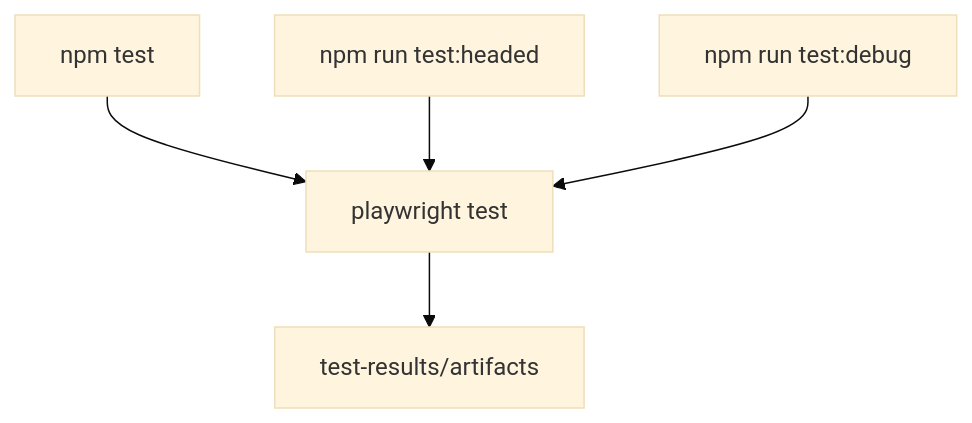
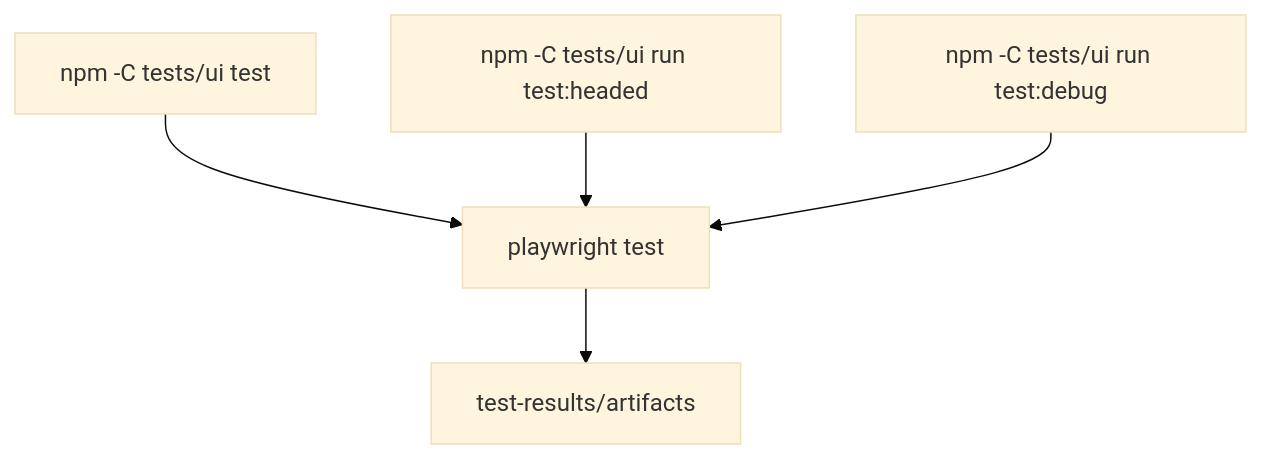
The second of 2 diagrams in tests/ui/README.md (jfang2048/ai_sre_agent_pub), drawn with Mermaid (base theme) before and after one commit. The commit also changed other lines of this file and 9 other files, not shown here.

````diff
--- a/tests/ui/README.md
+++ b/tests/ui/README.md
@@ -58,7 +62,7 @@
 ```mermaid
 flowchart TD
-    A["npm test"] --> B["playwright test"]
-    C["npm run test:headed"] --> B
-    D["npm run test:debug"] --> B
+    A["npm -C tests/ui test"] --> B["playwright test"]
+    C["npm -C tests/ui run test:headed"] --> B
+    D["npm -C tests/ui run test:debug"] --> B
     B --> E["test-results/artifacts"]
 ```
````
